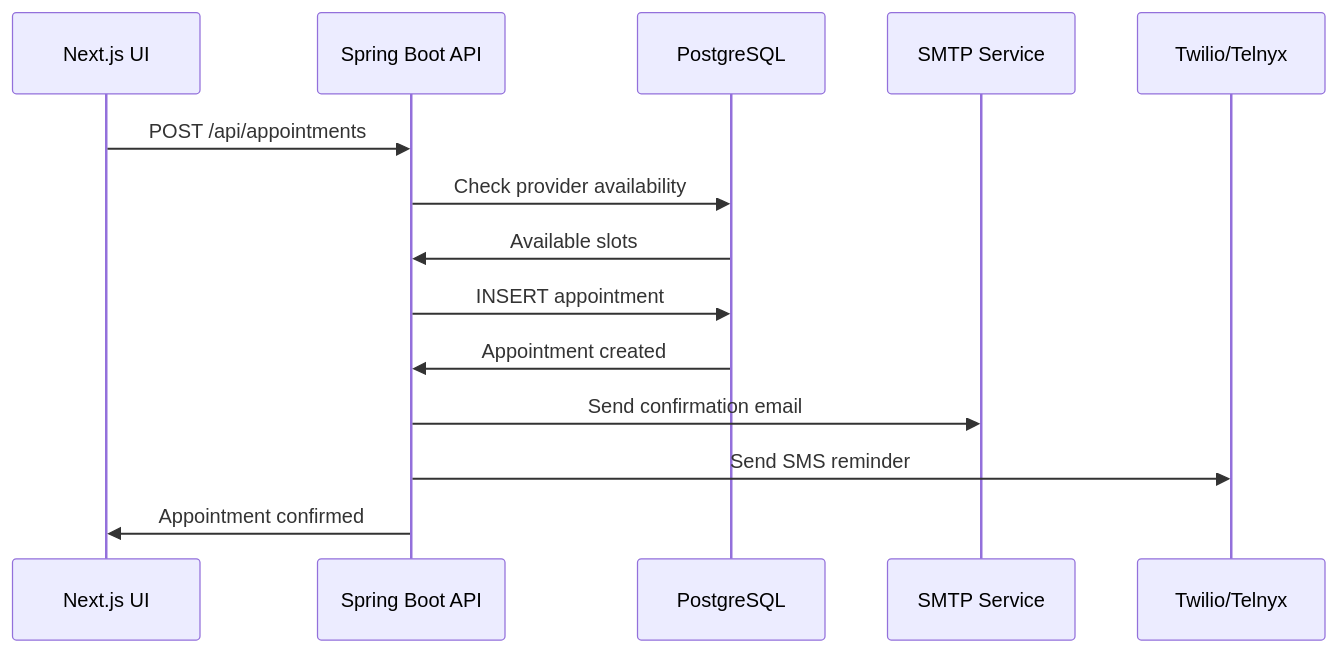
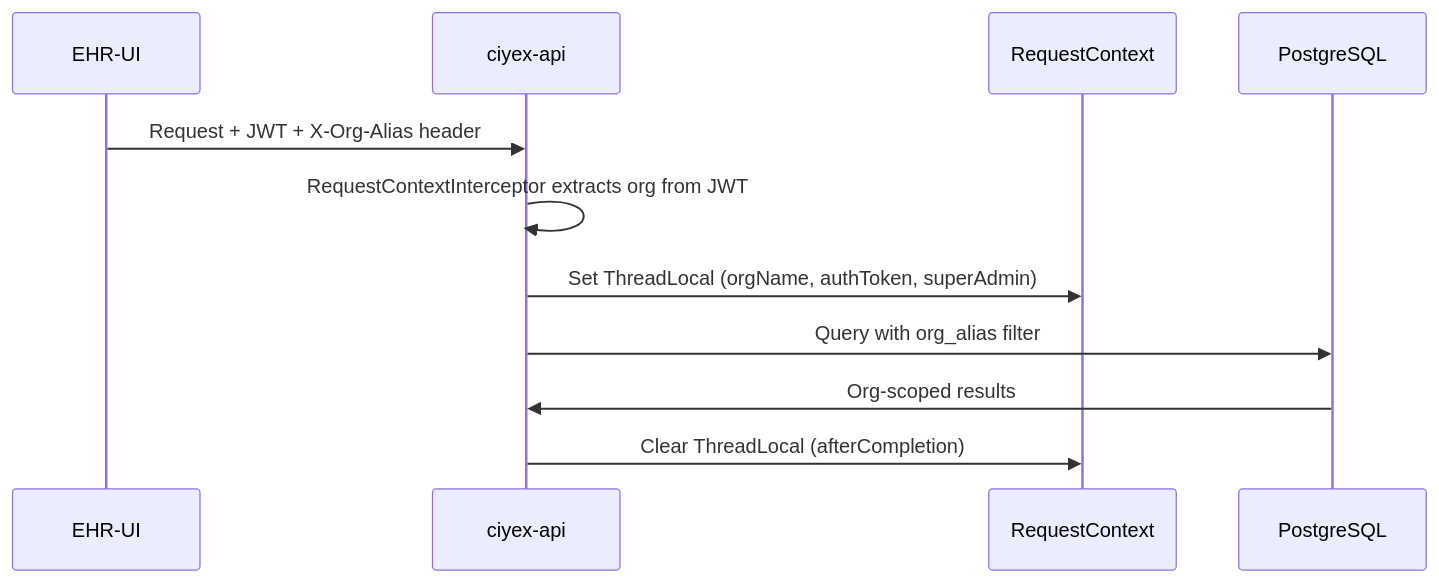
One commit to ciyex-org/ciyex-org-web changed the third of 4 diagrams in docs/architecture.md. Above: the diagram before and after it, drawn with Mermaid. The commit also changed other lines of this file and 10 other files, not shown here.

First line of the commit message:
Update documentation to reflect actual ciyex-api codebase

````diff
--- a/docs/architecture.md
+++ b/docs/architecture.md
@@ -315,17 +230,14 @@
 ```mermaid
 sequenceDiagram
-    participant UI as Next.js UI
-    participant API as Spring Boot API
+    participant UI as EHR-UI
+    participant API as ciyex-api
+    participant RC as RequestContext
     participant DB as PostgreSQL
-    participant EMAIL as SMTP Service
-    participant SMS as Twilio/Telnyx
-    
-    UI->>API: POST /api/appointments
-    API->>DB: Check provider availability
-    DB->>API: Available slots
-    API->>DB: INSERT appointment
-    DB->>API: Appointment created
-    API->>EMAIL: Send confirmation email
-    API->>SMS: Send SMS reminder
-    API->>UI: Appointment confirmed
+
+    UI->>API: Request + JWT + X-Org-Alias header
+    API->>API: RequestContextInterceptor extracts org from JWT
+    API->>RC: Set ThreadLocal (orgName, authToken, superAdmin)
+    API->>DB: Query with org_alias filter
+    DB->>API: Org-scoped results
+    API->>RC: Clear ThreadLocal (afterCompletion)
 ```
````
